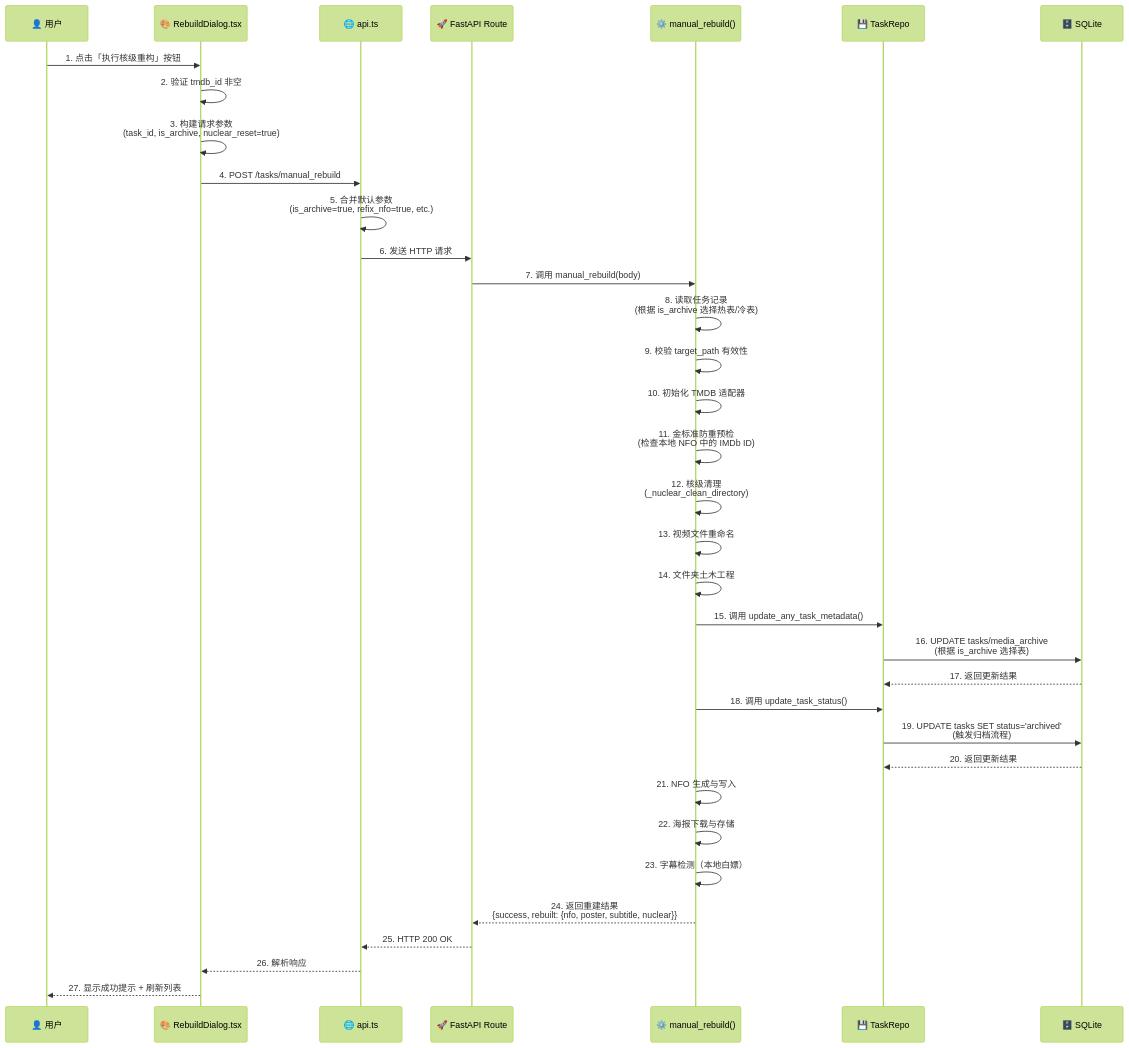
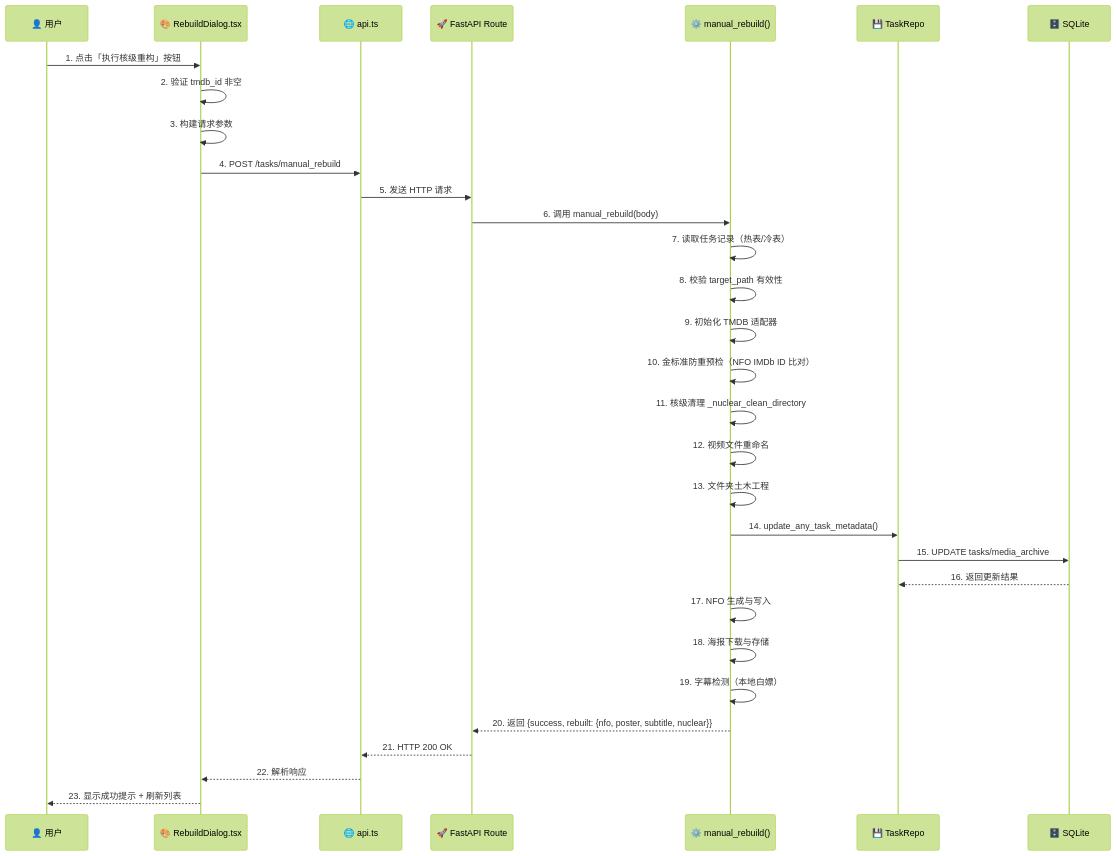
Before and after one commit to X1000QAQ/Neon-Crate: the second of 6 diagrams in docs/01_架构设计/04_全栈逻辑交互拓扑蓝图.md, drawn with Mermaid (forest theme). The commit also changed other lines of this file and 58 other files, not shown here.

````diff
--- a/docs/01_架构设计/04_全栈逻辑交互拓扑蓝图.md
+++ b/docs/01_架构设计/04_全栈逻辑交互拓扑蓝图.md
@@ -19,45 +174,34 @@
 ```mermaid
 sequenceDiagram
     participant User as 👤 用户
     participant Dialog as 🎨 RebuildDialog.tsx
     participant API as 🌐 api.ts
     participant Route as 🚀 FastAPI Route
     participant Engine as ⚙️ manual_rebuild()
     participant Repo as 💾 TaskRepo
     participant DB as 🗄️ SQLite
 
     User->>Dialog: 1. 点击「执行核级重构」按钮
     Dialog->>Dialog: 2. 验证 tmdb_id 非空
-    Dialog->>Dialog: 3. 构建请求参数<br/>(task_id, is_archive, nuclear_reset=true)
+    Dialog->>Dialog: 3. 构建请求参数
     Dialog->>API: 4. POST /tasks/manual_rebuild
-    
-    API->>API: 5. 合并默认参数<br/>(is_archive=true, refix_nfo=true, etc.)
-    API->>Route: 6. 发送 HTTP 请求
-    
-    Route->>Engine: 7. 调用 manual_rebuild(body)
-    Engine->>Engine: 8. 读取任务记录<br/>(根据 is_archive 选择热表/冷表)
-    Engine->>Engine: 9. 校验 target_path 有效性
-    Engine->>Engine: 10. 初始化 TMDB 适配器
-    
-    Engine->>Engine: 11. 金标准防重预检<br/>(检查本地 NFO 中的 IMDb ID)
-    Engine->>Engine: 12. 核级清理<br/>(_nuclear_clean_directory)
-    Engine->>Engine: 13. 视频文件重命名
-    Engine->>Engine: 14. 文件夹土木工程
-    
-    Engine->>Repo: 15. 调用 update_any_task_metadata()
-    Repo->>DB: 16. UPDATE tasks/media_archive<br/>(根据 is_archive 选择表)
-    DB-->>Repo: 17. 返回更新结果
-    
-    Engine->>Repo: 18. 调用 update_task_status()
-    Repo->>DB: 19. UPDATE tasks SET status='archived'<br/>(触发归档流程)
-    DB-->>Repo: 20. 返回更新结果
-    
-    Engine->>Engine: 21. NFO 生成与写入
-    Engine->>Engine: 22. 海报下载与存储
-    Engine->>Engine: 23. 字幕检测（本地白嫖）
-    
-    Engine-->>Route: 24. 返回重建结果<br/>{success, rebuilt: {nfo, poster, subtitle, nuclear}}
-    Route-->>API: 25. HTTP 200 OK
-    API-->>Dialog: 26. 解析响应
-    Dialog-->>User: 27. 显示成功提示 + 刷新列表
+    API->>Route: 5. 发送 HTTP 请求
+    Route->>Engine: 6. 调用 manual_rebuild(body)
+    Engine->>Engine: 7. 读取任务记录（热表/冷表）
+    Engine->>Engine: 8. 校验 target_path 有效性
+    Engine->>Engine: 9. 初始化 TMDB 适配器
+    Engine->>Engine: 10. 金标准防重预检（NFO IMDb ID 比对）
+    Engine->>Engine: 11. 核级清理 _nuclear_clean_directory
+    Engine->>Engine: 12. 视频文件重命名
+    Engine->>Engine: 13. 文件夹土木工程
+    Engine->>Repo: 14. update_any_task_metadata()
+    Repo->>DB: 15. UPDATE tasks/media_archive
+    DB-->>Repo: 16. 返回更新结果
+    Engine->>Engine: 17. NFO 生成与写入
+    Engine->>Engine: 18. 海报下载与存储
+    Engine->>Engine: 19. 字幕检测（本地白嫖）
+    Engine-->>Route: 20. 返回 {success, rebuilt: {nfo, poster, subtitle, nuclear}}
+    Route-->>API: 21. HTTP 200 OK
+    API-->>Dialog: 22. 解析响应
+    Dialog-->>User: 23. 显示成功提示 + 刷新列表
 ```
````
